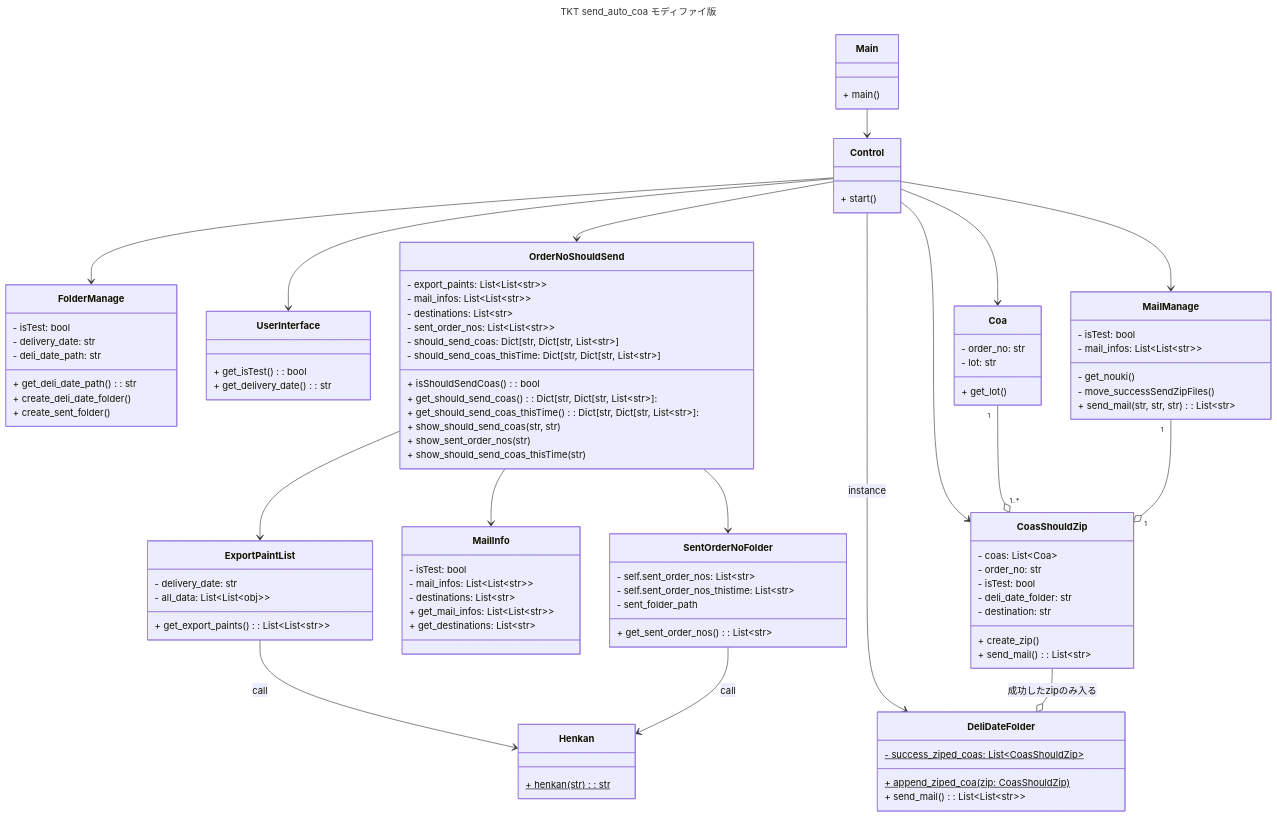
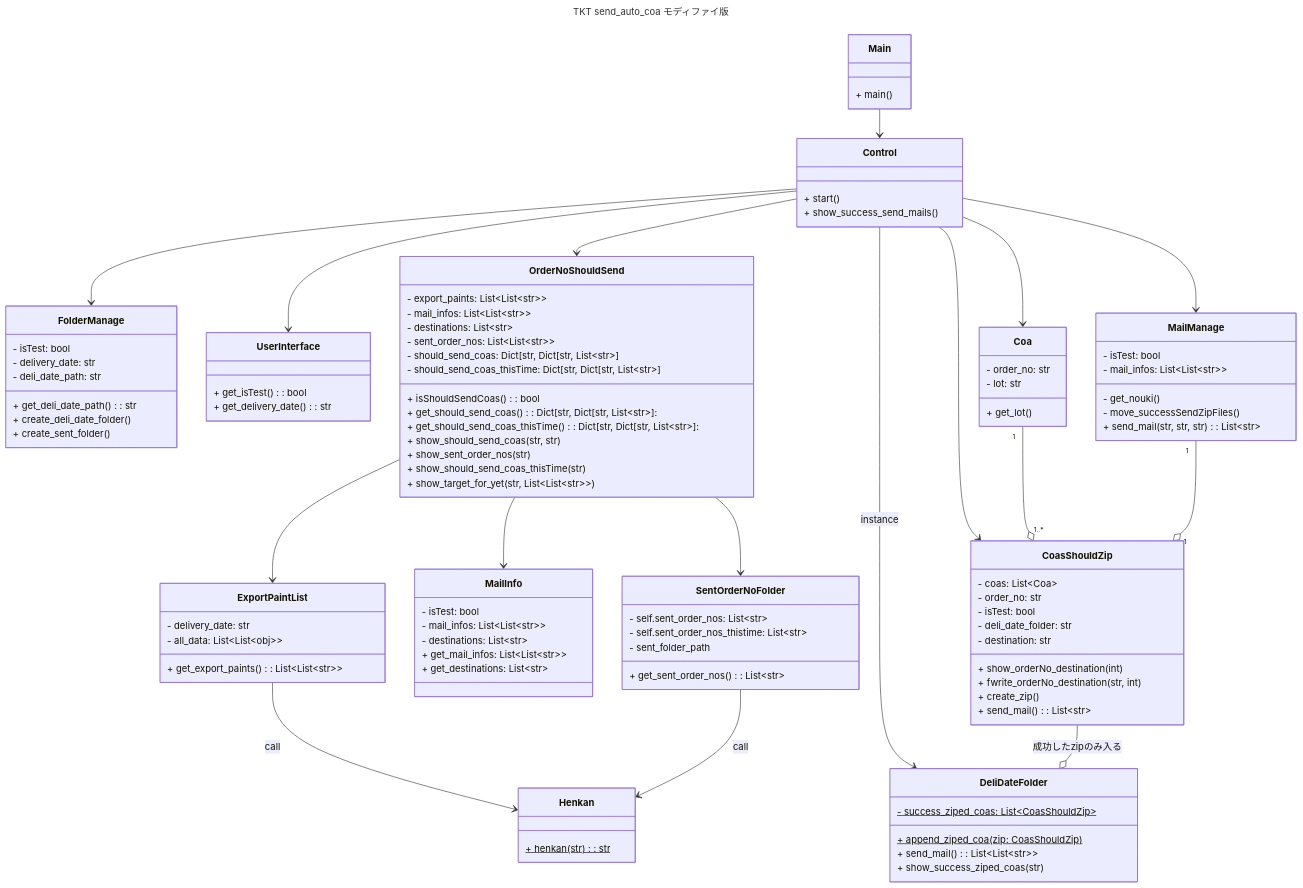
Before and after one commit to ogashira/send_auto_coa: the second of 3 diagrams in send_auto_coa.md, drawn with Mermaid. The commit also changed 5 other files, not shown here.

```diff
--- a/send_auto_coa.md
+++ b/send_auto_coa.md
@@ -131,6 +131,7 @@
 }
 class Control{
     + start()
+    + show_success_send_mails()
 }
 class FolderManage{
     - isTest: bool
@@ -157,6 +158,7 @@
     + show_should_send_coas(str, str)
     + show_sent_order_nos(str)
     + show_should_send_coas_thisTime(str)
+    + show_target_for_yet(str, List~List~str~~)
 }
 class ExportPaintList{
     - delivery_date: str
@@ -190,6 +192,8 @@
     - isTest: bool
     - deli_date_folder: str
     - destination: str
+    + show_orderNo_destination(int)
+    + fwrite_orderNo_destination(str, int)
     + create_zip()
     + send_mail(): List~str~
 }
@@ -197,6 +201,7 @@
     - success_ziped_coas: List~CoasShouldZip~$ 
     + append_ziped_coa(zip: CoasShouldZip)$
     + send_mail(): List~List~str~~
+    + show_success_ziped_coas(str)
 }
 class MailManage{
     - isTest: bool
```
